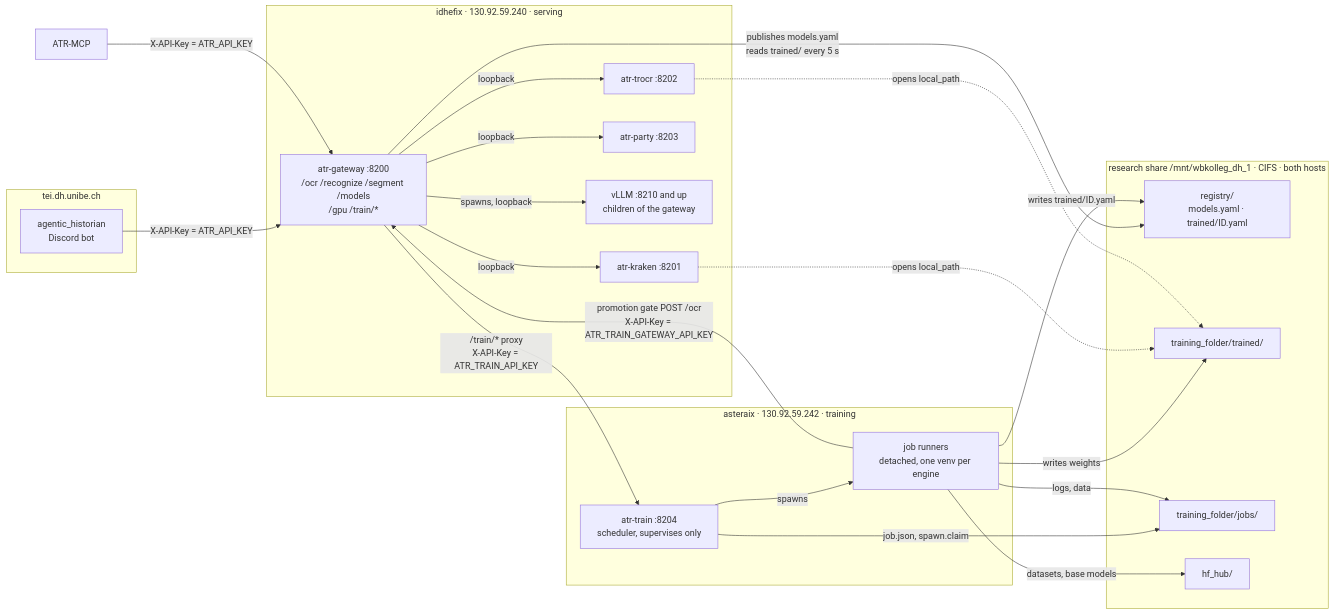
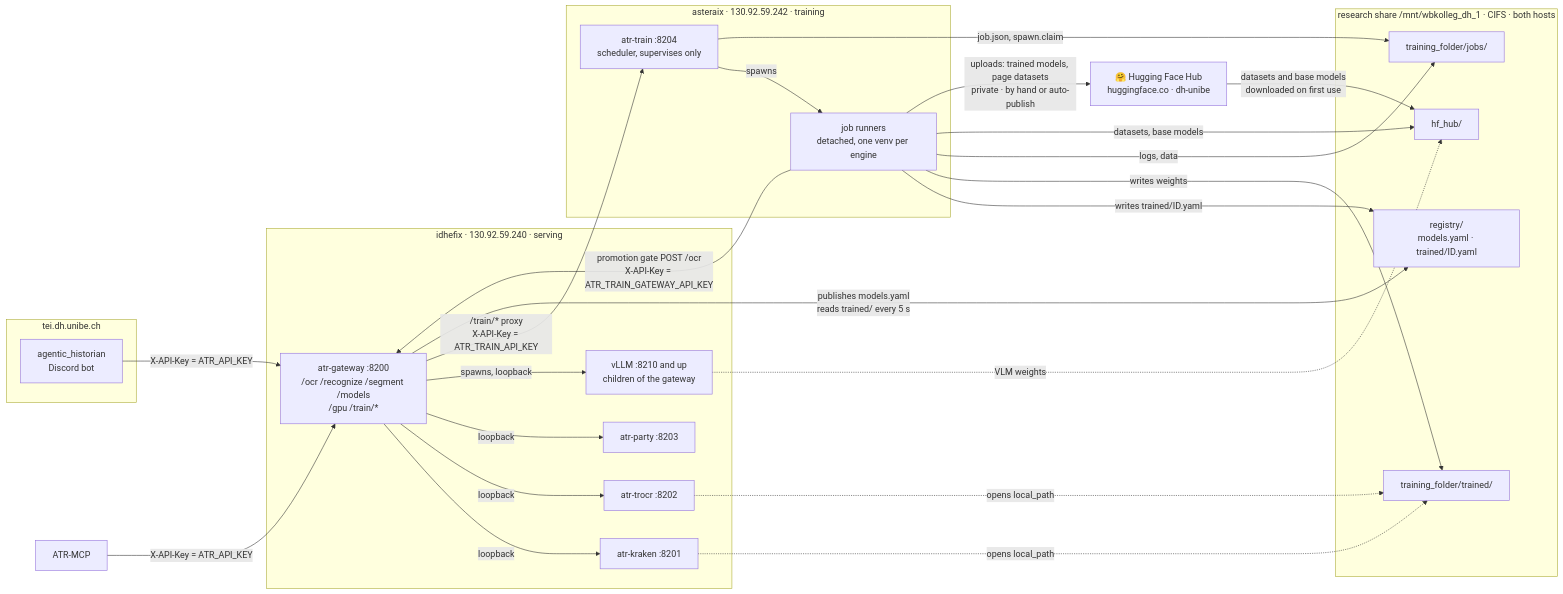
The first of 3 diagrams in docs/INFRASTRUCTURE.md (thodel/serving-atr-inference), drawn with Mermaid before and after one commit. The commit also changed other lines of this file, not shown here.

First line of the commit message:
The system and interaction of servers, idhefix at a glance, Hugging Face (#142)

````diff
--- a/docs/INFRASTRUCTURE.md
+++ b/docs/INFRASTRUCTURE.md
@@ -32,41 +34,45 @@
 ```mermaid
 flowchart LR
   subgraph tei["tei.dh.unibe.ch"]
     bot["agentic_historian<br/>Discord bot"]
   end
   mcp["ATR-MCP"]
   subgraph idhefix["idhefix · 130.92.59.240 · serving"]
     gw["atr-gateway :8200<br/>/ocr /recognize /segment /models<br/>/gpu /train/*"]
     kr["atr-kraken :8201"]
     tr["atr-trocr :8202"]
     pa["atr-party :8203"]
     vl["vLLM :8210 and up<br/>children of the gateway"]
   end
   subgraph asteraix["asteraix · 130.92.59.242 · training"]
     at["atr-train :8204<br/>scheduler, supervises only"]
     run["job runners<br/>detached, one venv per engine"]
   end
   subgraph share["research share /mnt/wbkolleg_dh_1 · CIFS · both hosts"]
     reg["registry/<br/>models.yaml · trained/ID.yaml"]
     wts["training_folder/trained/"]
     jobs["training_folder/jobs/"]
     hf["hf_hub/"]
   end
+  hub["🤗 Hugging Face Hub<br/>huggingface.co · dh-unibe"]
   bot -- "X-API-Key = ATR_API_KEY" --> gw
   mcp -- "X-API-Key = ATR_API_KEY" --> gw
   gw -- "loopback" --> kr
   gw -- "loopback" --> tr
   gw -- "loopback" --> pa
   gw -- "spawns, loopback" --> vl
   gw -- "/train/* proxy<br/>X-API-Key = ATR_TRAIN_API_KEY" --> at
   at -- "spawns" --> run
   run -- "promotion gate POST /ocr<br/>X-API-Key = ATR_TRAIN_GATEWAY_API_KEY" --> gw
   gw -- "publishes models.yaml<br/>reads trained/ every 5 s" --> reg
   run -- "writes trained/ID.yaml" --> reg
   run -- "writes weights" --> wts
   at -- "job.json, spawn.claim" --> jobs
   run -- "logs, data" --> jobs
   run -- "datasets, base models" --> hf
+  hub -- "datasets and base models<br/>downloaded on first use" --> hf
+  run -- "uploads: trained models, page datasets<br/>private · by hand or auto-publish" --> hub
+  vl -. "VLM weights" .-> hf
   kr -. "opens local_path" .-> wts
   tr -. "opens local_path" .-> wts
 ```
````
